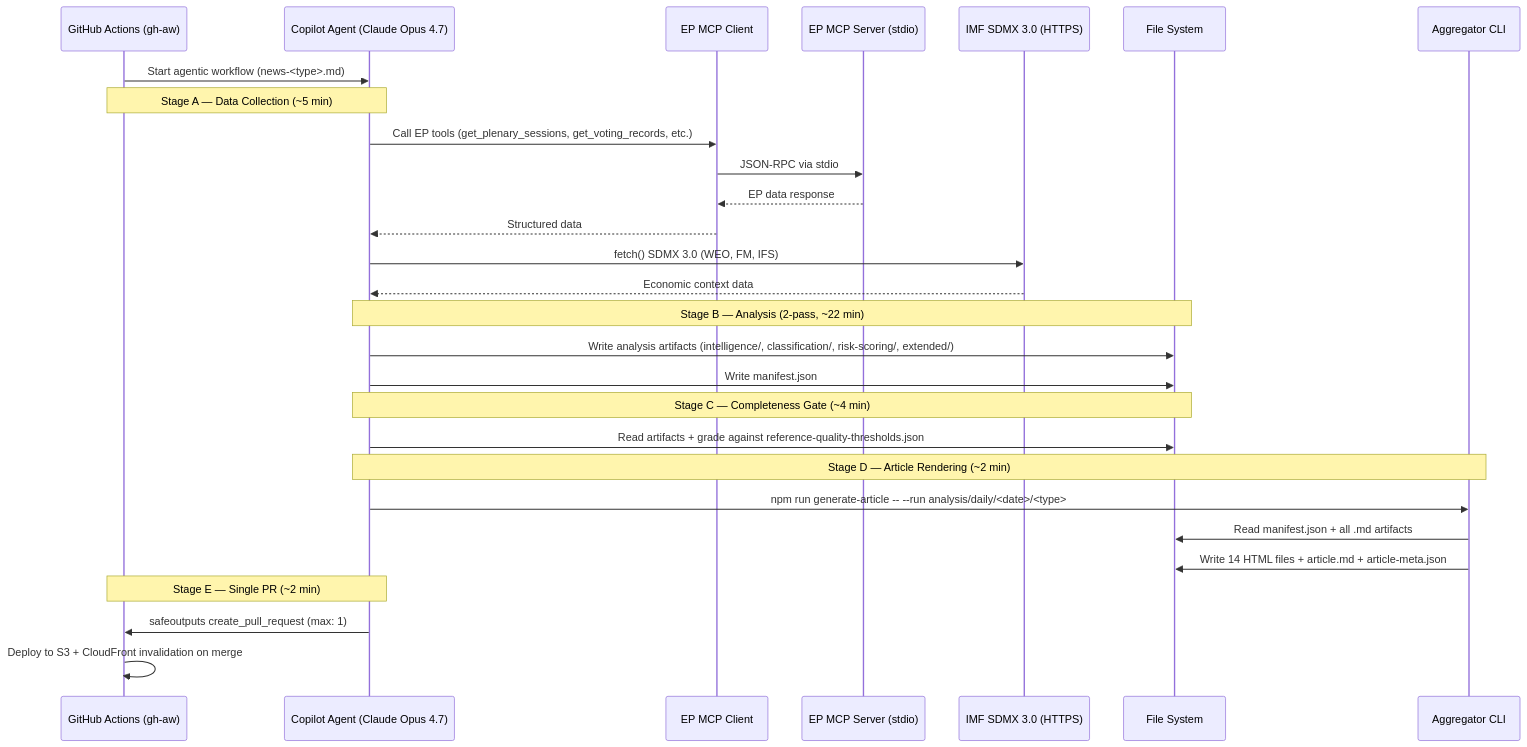
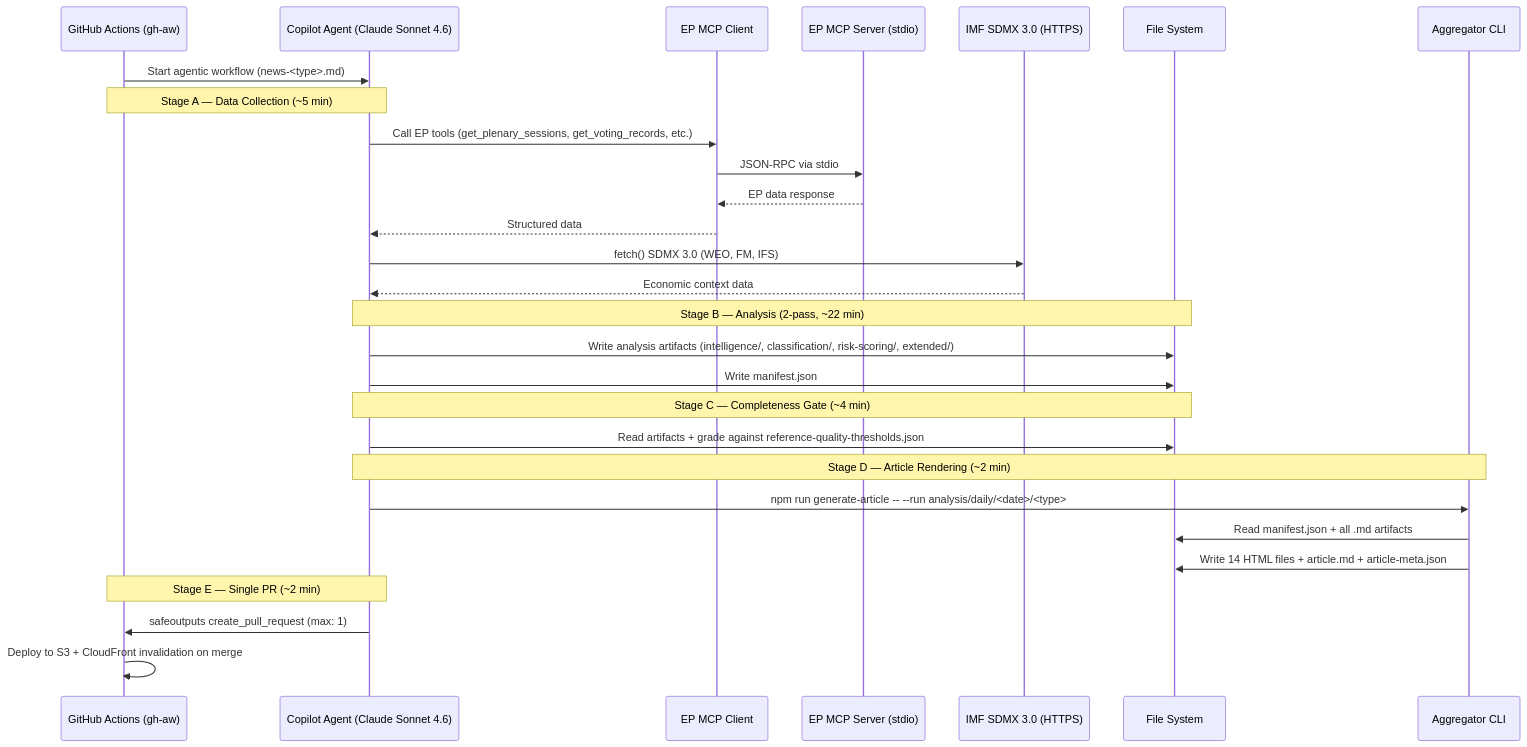
One commit to Hack23/euparliamentmonitor changed the eighth of 12 diagrams in ARCHITECTURE.md. Above: the diagram before and after it, drawn with Mermaid. The commit also changed other lines of this file and 3 other files, not shown here.

First line of the commit message:
docs: align article workflow architecture

````diff
--- a/ARCHITECTURE.md
+++ b/ARCHITECTURE.md
@@ -897,35 +898,35 @@
 ```mermaid
 sequenceDiagram
     participant GHA as GitHub Actions (gh-aw)
-    participant Agent as Copilot Agent (Claude Opus 4.7)
+    participant Agent as Copilot Agent (Claude Sonnet 4.6)
     participant MCP as EP MCP Client
     participant EP as EP MCP Server (stdio)
     participant IMF as IMF SDMX 3.0 (HTTPS)
     participant FS as File System
     participant AGG as Aggregator CLI
 
     GHA->>Agent: Start agentic workflow (news-<type>.md)
     Note over GHA,Agent: Stage A — Data Collection (~5 min)
     Agent->>MCP: Call EP tools (get_plenary_sessions, get_voting_records, etc.)
     MCP->>EP: JSON-RPC via stdio
     EP-->>MCP: EP data response
     MCP-->>Agent: Structured data
     Agent->>IMF: fetch() SDMX 3.0 (WEO, FM, IFS)
     IMF-->>Agent: Economic context data
 
     Note over Agent,FS: Stage B — Analysis (2-pass, ~22 min)
     Agent->>FS: Write analysis artifacts (intelligence/, classification/, risk-scoring/, extended/)
     Agent->>FS: Write manifest.json
 
     Note over Agent,FS: Stage C — Completeness Gate (~4 min)
     Agent->>FS: Read artifacts + grade against reference-quality-thresholds.json
 
     Note over Agent,AGG: Stage D — Article Rendering (~2 min)
     Agent->>AGG: npm run generate-article -- --run analysis/daily/<date>/<type>
     AGG->>FS: Read manifest.json + all .md artifacts
     AGG->>FS: Write 14 HTML files + article.md + article-meta.json
 
     Note over Agent,GHA: Stage E — Single PR (~2 min)
     Agent->>GHA: safeoutputs create_pull_request (max: 1)
     GHA->>GHA: Deploy to S3 + CloudFront invalidation on merge
 ```
````
